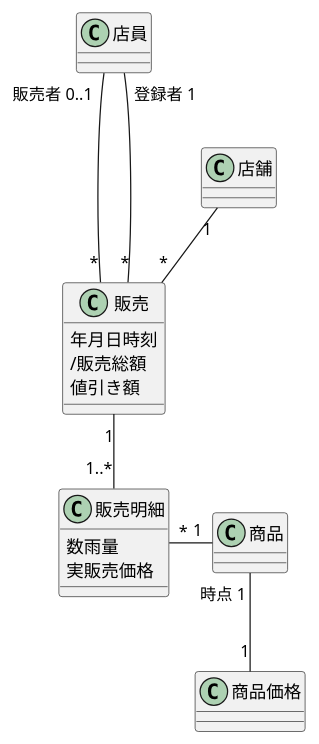
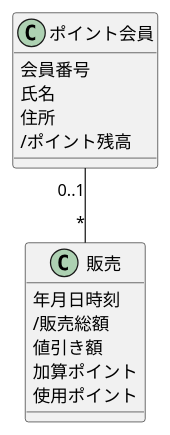
Before and after one commit to yinm/uml-modeling-lesson: the diagram in ch12/sample.puml, drawn with PlantUML.

Commit message:
Add lesson43

```diff
--- a/ch12/sample.puml
+++ b/ch12/sample.puml
@@ -1,27 +1,20 @@
 @startuml
 
-class 店員
-class 店舗
+class ポイント会員 {
+  会員番号
+  氏名
+  住所
+  /ポイント残高
+}
 
 class 販売 {
   年月日時刻
   /販売総額
   値引き額
+  加算ポイント
+  使用ポイント
 }
 
-class 販売明細 {
-  数雨量
-  実販売価格
-}
-
-class 商品
-class 商品価格
-
-店員 "販売者 0..1"--"*" 販売
-店員 "登録者 1"---"*" 販売
-店舗 "1"--"*" 販売
-販売 "1"--"1..*" 販売明細
-販売明細 "*"-r-"1" 商品
-商品 "時点 1"--"1" 商品価格
+ポイント会員 "0..1"--"*" 販売
 
 @enduml
```
